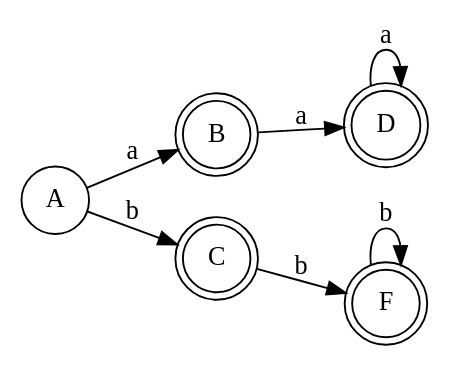
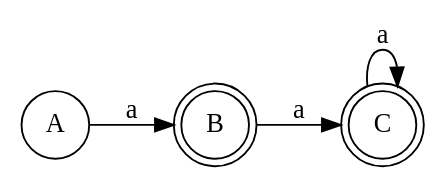
One commit to bloomfieldfong/Creacion-de-Automatas changed the diagram in automata.gv. Above: the diagram before and after it, drawn with Graphviz. The commit also changed 3 other files, not shown here.

```diff
--- a/automata.gv
+++ b/automata.gv
@@ -1,17 +1,11 @@
 digraph finite_state_machine {
 	rankdir=LR size="8,5"
 	node [shape=doublecircle]
 	B
 	C
-	D
-	F
-	D
-	F
+	C
 	node [shape=circle]
 	A -> B [label=a]
-	A -> C [label=b]
-	B -> D [label=a]
-	C -> F [label=b]
-	D -> D [label=a]
-	F -> F [label=b]
+	B -> C [label=a]
+	C -> C [label=a]
 }
```
